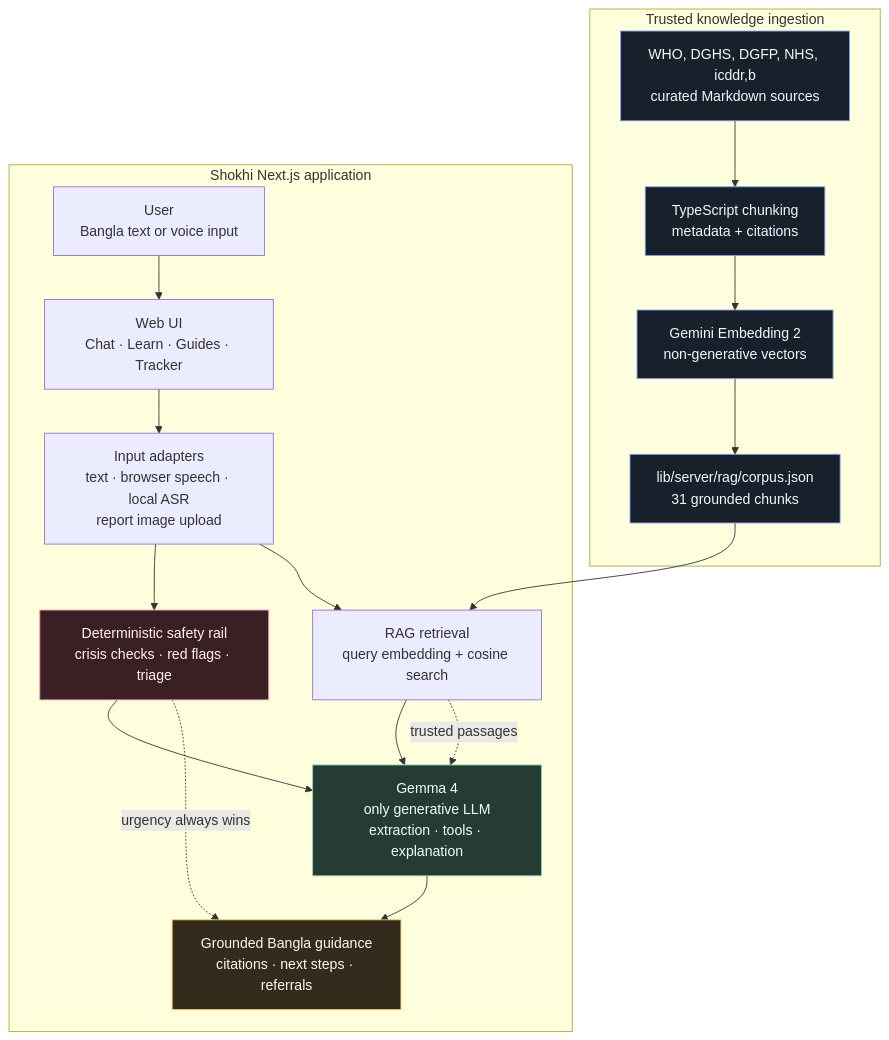
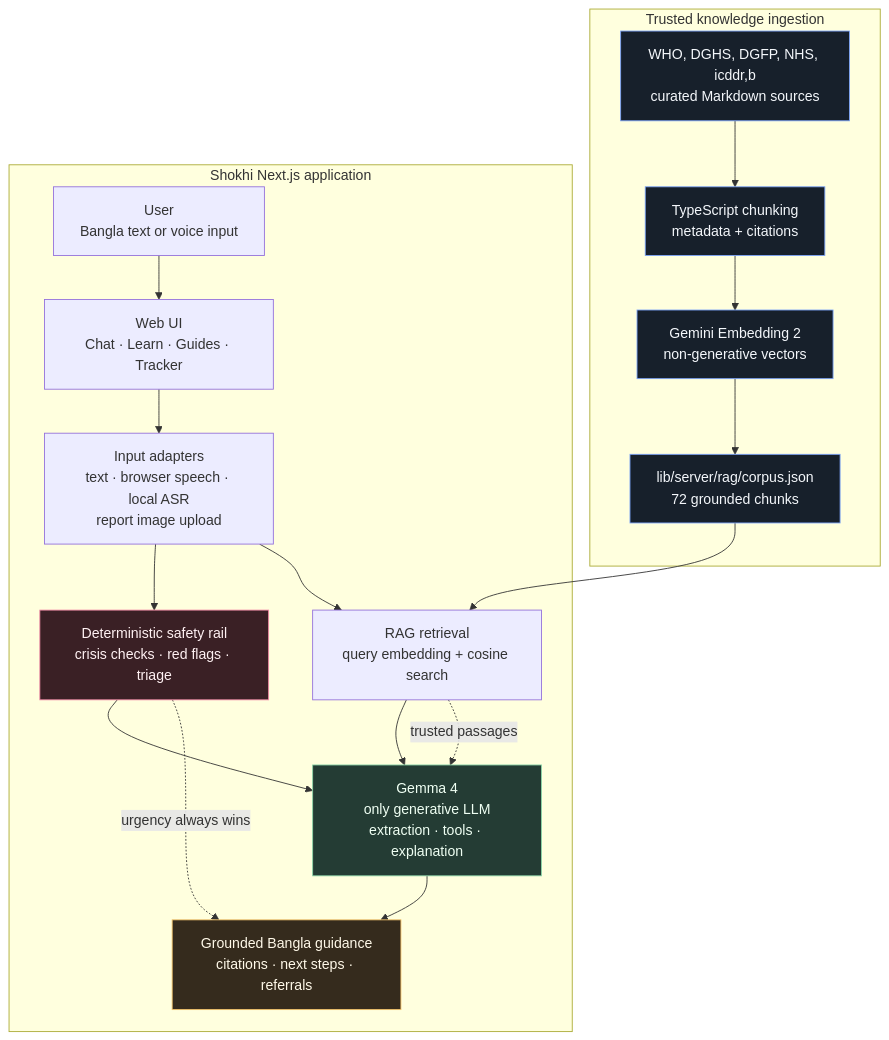
One commit to Ahiraf/Shokhi-Health changed the diagram in README.md. Above: the diagram before and after it, drawn with Mermaid. The commit also changed other lines of this file and 42 other files, not shown here.

````diff
--- a/README.md
+++ b/README.md
@@ -96,40 +96,40 @@
 ```mermaid
 flowchart TB
   subgraph INGEST["Trusted knowledge ingestion"]
     SOURCES["WHO, DGHS, DGFP, NHS, icddr,b\ncurated Markdown sources"]
     CHUNK["TypeScript chunking\nmetadata + citations"]
     EMBED["Gemini Embedding 2\nnon-generative vectors"]
-    CORPUS["lib/server/rag/corpus.json\n31 grounded chunks"]
+    CORPUS["lib/server/rag/corpus.json\n72 grounded chunks"]
     SOURCES --> CHUNK --> EMBED --> CORPUS
   end
 
   subgraph APP["Shokhi Next.js application"]
     USER["User\nBangla text or voice input"]
     FRONTEND["Web UI\nChat · Learn · Guides · Tracker"]
     INPUT["Input adapters\ntext · browser speech · local ASR\nreport image upload"]
     RETRIEVE["RAG retrieval\nquery embedding + cosine search"]
     SAFETY["Deterministic safety rail\ncrisis checks · red flags · triage"]
     GEMMA["Gemma 4\nonly generative LLM\nextraction · tools · explanation"]
     ANSWER["Grounded Bangla guidance\ncitations · next steps · referrals"]
 
     USER --> FRONTEND --> INPUT
     INPUT --> SAFETY
     INPUT --> RETRIEVE
     RETRIEVE --> GEMMA
     SAFETY --> GEMMA
     GEMMA --> ANSWER
     SAFETY -. "urgency always wins" .-> ANSWER
   end
 
   CORPUS --> RETRIEVE
   RETRIEVE -. "trusted passages" .-> GEMMA
 
   classDef source fill:#17202b,stroke:#7aa2f7,color:#f4f7fb
   classDef safety fill:#3a2025,stroke:#f38ba8,color:#fff1f3
   classDef model fill:#243c34,stroke:#8bd5a8,color:#effff3
   classDef output fill:#352b1d,stroke:#f6c56b,color:#fff9e9
   class SOURCES,CHUNK,EMBED,CORPUS source
   class SAFETY safety
   class GEMMA model
   class ANSWER output
 ```
````
